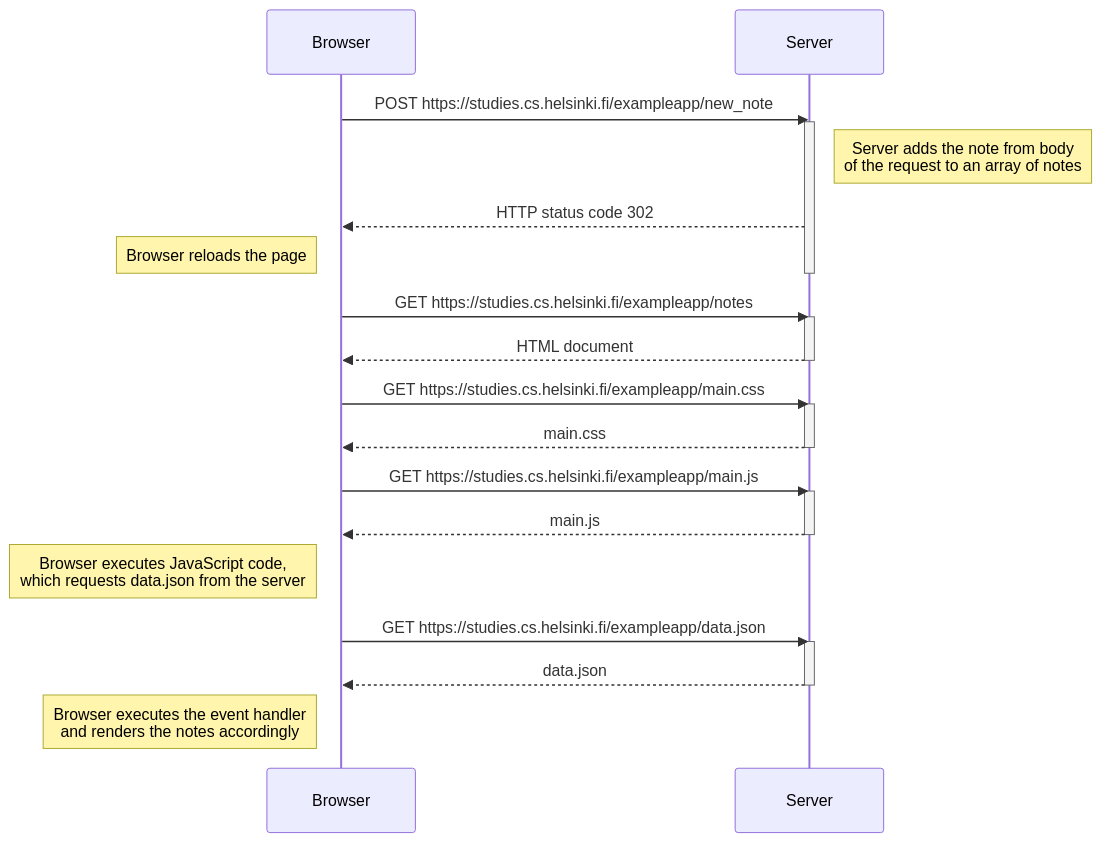
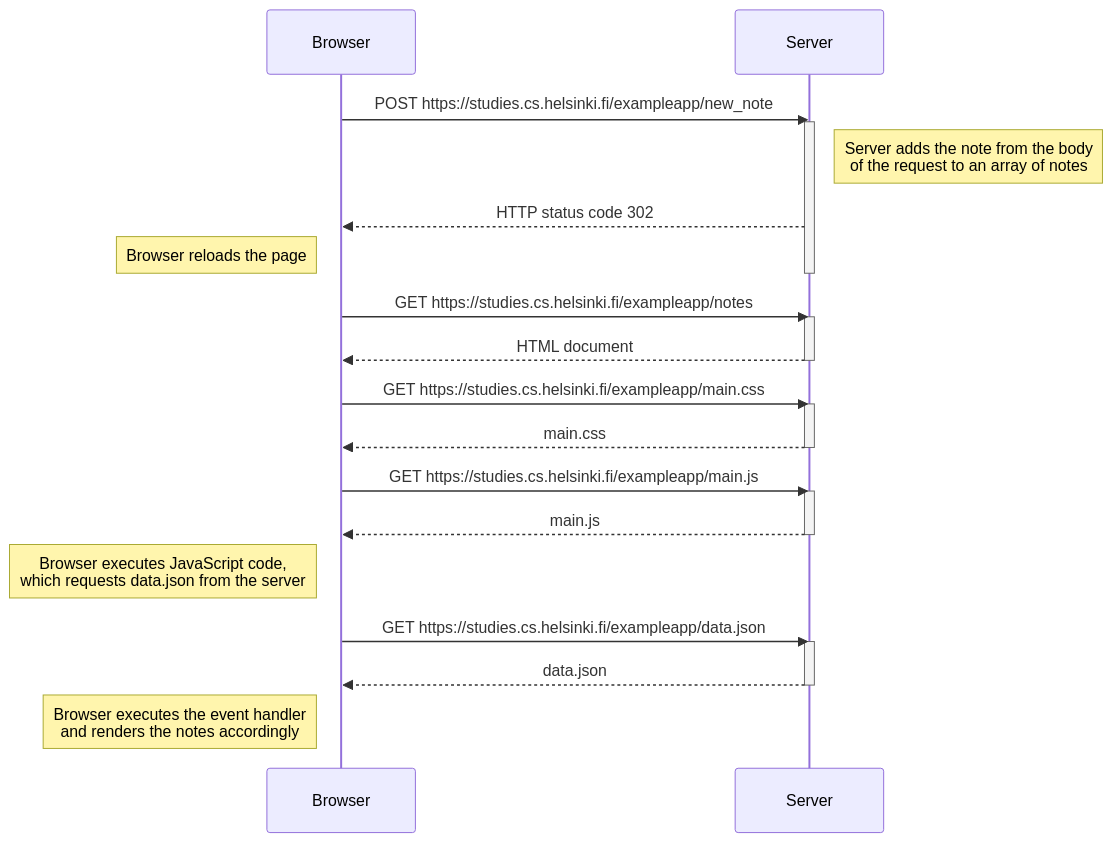
Before and after one commit to splorg/fullstackopen-exercises: the diagram in part0/0.4.md, drawn with Mermaid.

````diff
--- a/part0/0.4.md
+++ b/part0/0.4.md
@@ -1,37 +1,37 @@
 ```mermaid
   sequenceDiagram
 
     participant Browser
     participant Server
 
     Browser->>Server: POST https://studies.cs.helsinki.fi/exampleapp/new_note
     activate Server
-    Note right of Server: Server adds the note from body <br> of the request to an array of notes
+    Note right of Server: Server adds the note from the body <br> of the request to an array of notes
     Server-->>Browser: HTTP status code 302
     Note left of Browser: Browser reloads the page
     deactivate Server
 
     Browser->>Server: GET https://studies.cs.helsinki.fi/exampleapp/notes
     activate Server
     Server-->>Browser: HTML document
     deactivate Server
 
     Browser->>Server: GET https://studies.cs.helsinki.fi/exampleapp/main.css
     activate Server
     Server-->>Browser: main.css
     deactivate Server
 
     Browser->>Server: GET https://studies.cs.helsinki.fi/exampleapp/main.js
     activate Server
     Server-->>Browser: main.js
     deactivate Server
 
     Note left of Browser: Browser executes JavaScript code, <br> which requests data.json from the server
 
     Browser->>Server: GET https://studies.cs.helsinki.fi/exampleapp/data.json
     activate Server
     Server-->>Browser: data.json
     deactivate Server
 
   Note left of Browser: Browser executes the event handler <br> and renders the notes accordingly
 ```
````
